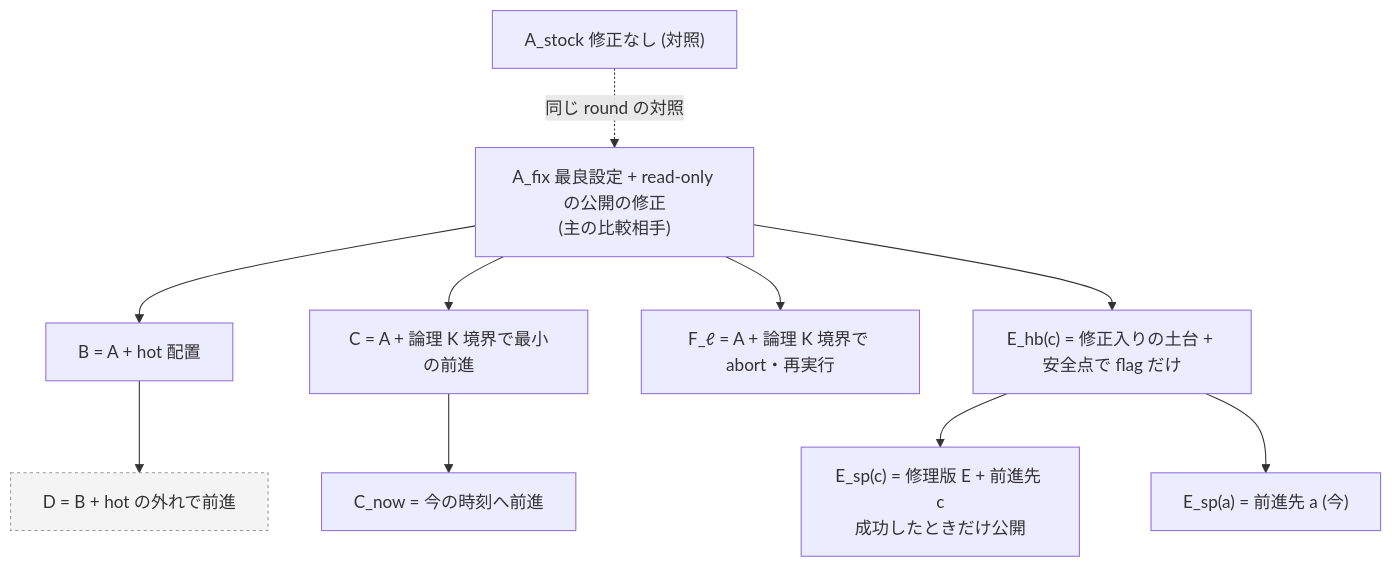
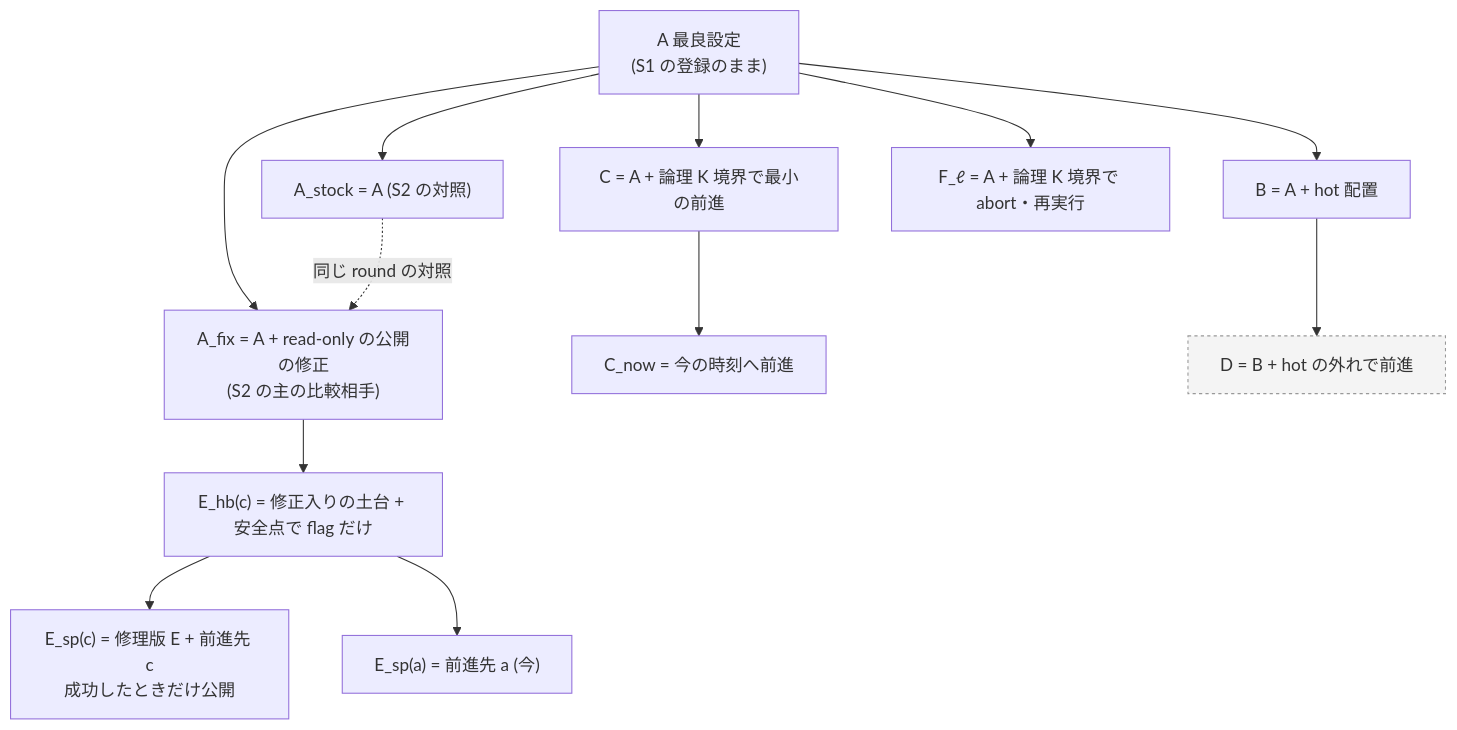
Diagram 33 of 41 in docs/paper-story-vhash/2026-10-01.md (thawk105/izanagi), drawn with Mermaid before and after one commit. The commit also changed other lines of this file and 4 other files, not shown here.

First line of the commit message:
docs(vhash): [T-2938]・[T-2958] 段 6 レビュー所見の直し (H1 の主指標、待ちの下限、S1 と S2 の比較相手、方策 b の分岐、3 版目の誤記 1 件、Mermaid の判定語)

````diff
--- a/docs/paper-story-vhash/2026-10-01.md
+++ b/docs/paper-story-vhash/2026-10-01.md
@@ -1435,21 +1437,24 @@
 ```mermaid
 flowchart TB
-  A["A_fix 最良設定 + read-only の公開の修正<br/>(主の比較相手)"]
-  As["A_stock 修正なし (対照)"]
+  A["A 最良設定<br/>(S1 の登録のまま)"]
+  Af["A_fix = A + read-only の公開の修正<br/>(S2 の主の比較相手)"]
+  As["A_stock = A (S2 の対照)"]
   B["B = A + hot 配置"]
   C["C = A + 論理 K 境界で最小の前進"]
   Cn["C_now = 今の時刻へ前進"]
   Fl["F_ℓ = A + 論理 K 境界で abort・再実行"]
   Ehb["E_hb(c) = 修正入りの土台 + 安全点で flag だけ"]
   Esp["E_sp(c) = 修理版 E + 前進先 c<br/>成功したときだけ公開"]
   Ea["E_sp(a) = 前進先 a (今)"]
   D["D = B + hot の外れで前進"]
   A --> B & C & Fl
   C --> Cn
-  A --> Ehb --> Esp
+  A --> Af
+  A --> As
+  Af --> Ehb --> Esp
   Ehb --> Ea
   B --> D
-  As -.同じ round の対照.-> A
+  As -.同じ round の対照.-> Af
   classDef later fill:#f4f4f4,stroke:#999,stroke-dasharray: 3 3
   class D later
 ```
````
